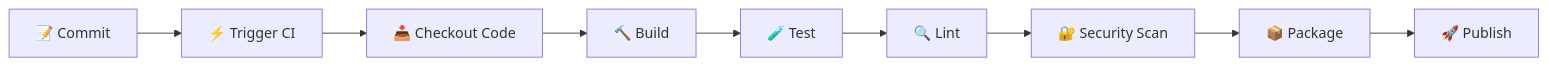
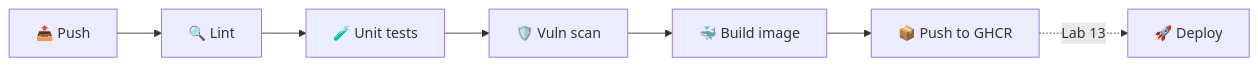
The fourth of 7 diagrams in lectures/lec3.md (inno-devops-labs/DevOps-Core-Course), drawn with Mermaid before and after one commit. The commit also changed other lines of this file and 24 other files, not shown here.

````diff
--- a/lectures/lec3.md
+++ b/lectures/lec3.md
@@ -189,11 +132,9 @@
 ```mermaid
 flowchart LR
-  Commit[📝 Commit] --> Trigger[⚡ Trigger CI]
-  Trigger --> Checkout[📥 Checkout Code]
-  Checkout --> Build[🔨 Build]
-  Build --> Test[🧪 Test]
-  Test --> Lint[🔍 Lint]
-  Lint --> Scan[🔐 Security Scan]
-  Scan --> Package[📦 Package]
-  Package --> Publish[🚀 Publish]
+  Push[📤 Push] --> Lint[🔍 Lint]
+  Lint --> Test[🧪 Unit tests]
+  Test --> Scan[🛡️ Vuln scan]
+  Scan --> Build[🐳 Build image]
+  Build --> Publish[📦 Push to GHCR]
+  Publish -.->|Lab 13| Deploy[🚀 Deploy]
 ```
````
